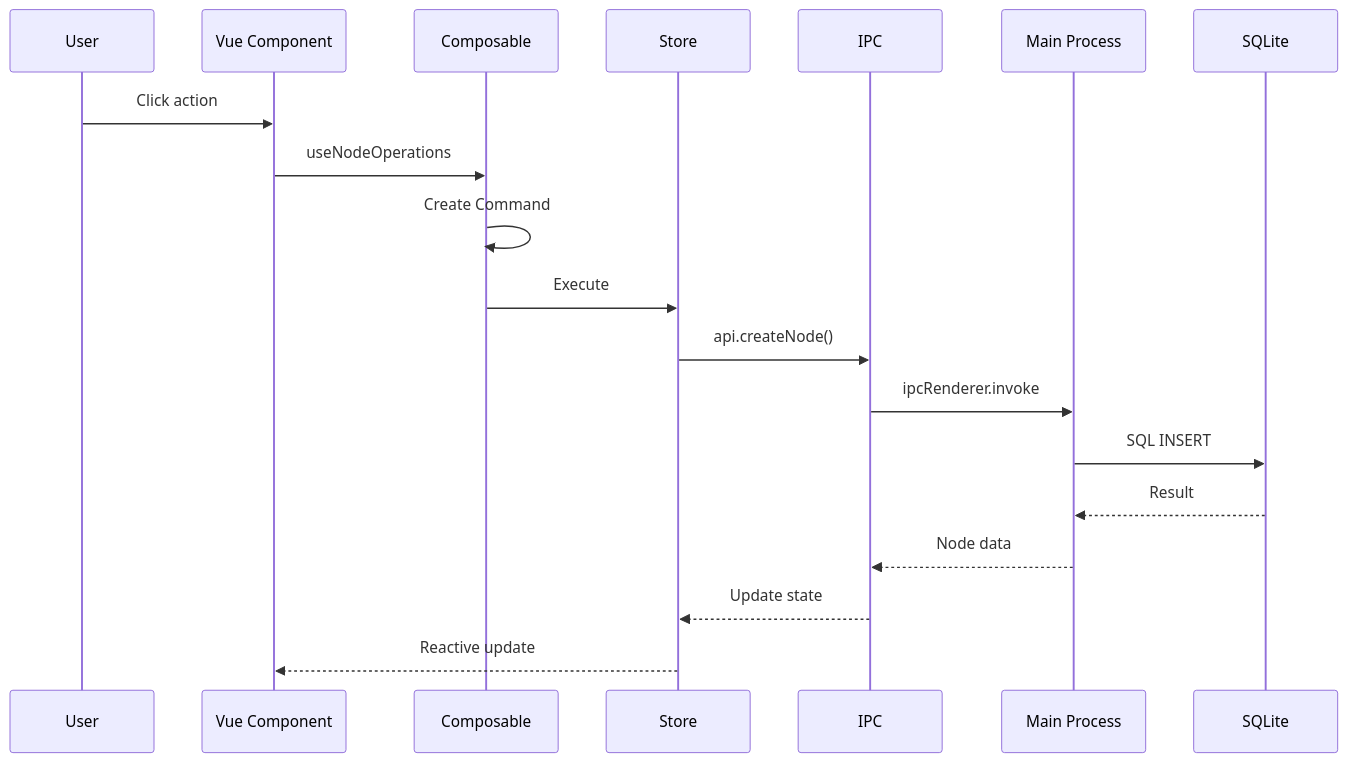
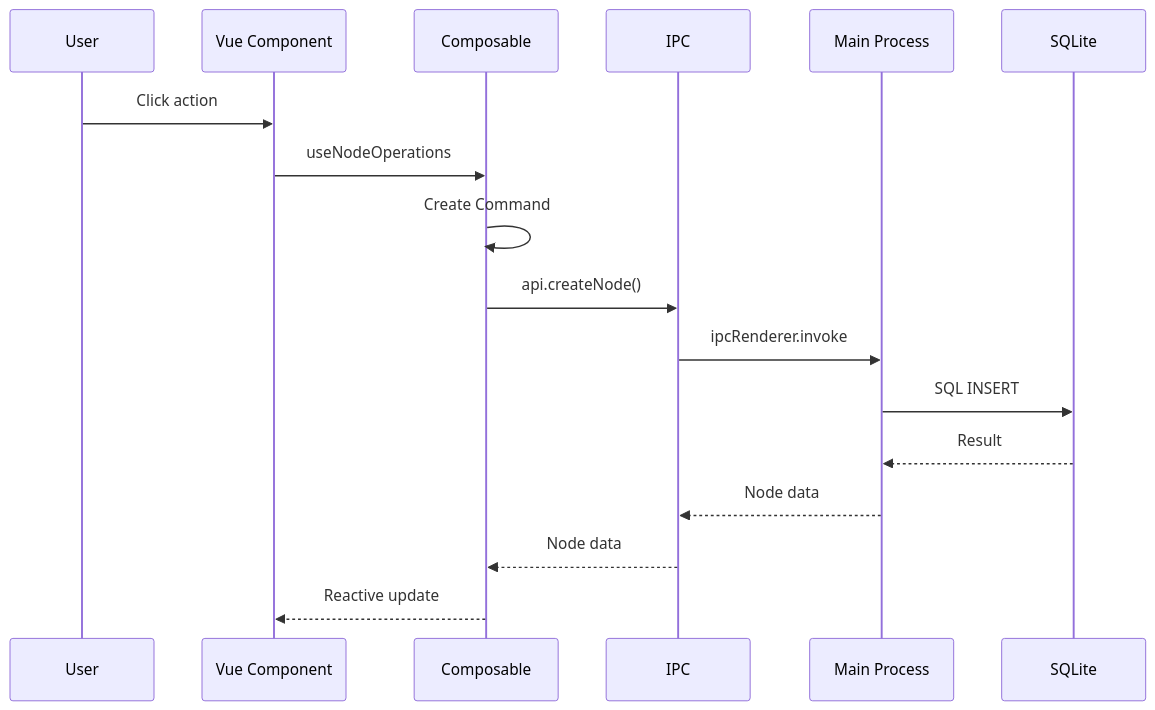
Before and after one commit to sorenwacker/graph-core: the third of 3 diagrams in docs/architecture/overview.md, drawn with Mermaid. The commit also changed other lines of this file and 128 other files, not shown here.

````diff
--- a/docs/architecture/overview.md
+++ b/docs/architecture/overview.md
@@ -164,22 +163,20 @@
 ```mermaid
 sequenceDiagram
     participant U as User
     participant V as Vue Component
     participant C as Composable
-    participant S as Store
     participant I as IPC
     participant M as Main Process
     participant D as SQLite
 
     U->>V: Click action
     V->>C: useNodeOperations
     C->>C: Create Command
-    C->>S: Execute
-    S->>I: api.createNode()
+    C->>I: api.createNode()
     I->>M: ipcRenderer.invoke
     M->>D: SQL INSERT
     D-->>M: Result
     M-->>I: Node data
-    I-->>S: Update state
-    S-->>V: Reactive update
+    I-->>C: Node data
+    C-->>V: Reactive update
 ```
````
